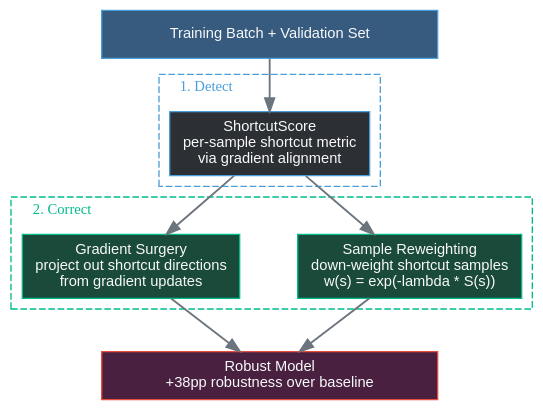
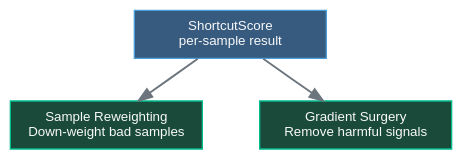
One commit to HongyuCao3/short-cut-aware-data-centric-reasoning changed the second of 5 diagrams in docs/investor/technology.qmd. Above: the diagram before and after it, drawn with Graphviz. The commit also changed other lines of this file and 6 other files, not shown here.

````diff
--- a/docs/investor/technology.qmd
+++ b/docs/investor/technology.qmd
@@ -13,49 +36,24 @@
 ```{dot}
-//| label: fig-sart-components
-//| fig-cap: "Three composable components, each independently useful"
-//| fig-width: 7.5
-//| fig-height: 4
+//| label: fig-correct
+//| fig-cap: "Step 2: Correct — two composable strategies"
+//| fig-width: 6
+//| fig-height: 3
 digraph G {
   bgcolor="transparent"
   rankdir=TB
-  graph [ranksep=0.55, nodesep=0.6]
+  graph [ranksep=0.45, nodesep=0.6]
   node [style=filled, fillcolor="#2c3035", color="#4a9eda",
-        fontcolor="#f8f9fa", fontname="Arial", fontsize=11,
-        shape=box, width=2.0, height=0.5, margin="0.15,0.08"]
+        fontcolor="#f8f9fa", fontname="Arial", fontsize=10,
+        shape=box, width=2.0, height=0.5, margin="0.12,0.08"]
   edge [color="#6c757d", penwidth=1.4]
 
-  Input [label="Training Batch + Validation Set", fillcolor="#375a7f", width=3.5]
+  Score [label="ShortcutScore\nper-sample result", fillcolor="#375a7f"]
+  RW [label="Sample Reweighting\nDown-weight bad samples", fillcolor="#1a4a3a", color="#00bc8c"]
+  GS [label="Gradient Surgery\nRemove harmful signals", fillcolor="#1a4a3a", color="#00bc8c"]
 
-  subgraph cluster_detect {
-    label="  1. Detect"
-    labeljust=l
-    fontcolor="#4a9eda"
-    fontname="Arial Bold"
-    fontsize=11
-    color="#4a9eda"
-    style=dashed
-    SS [label="ShortcutScore\nper-sample shortcut metric\nvia gradient alignment", fillcolor="#2c3035"]
-  }
+  Score -> RW
+  Score -> GS
 
-  subgraph cluster_correct {
-    label="  2. Correct"
-    labeljust=l
-    fontcolor="#00bc8c"
-    fontname="Arial Bold"
-    fontsize=11
-    color="#00bc8c"
-    style=dashed
-
-    RW [label="Sample Reweighting\ndown-weight shortcut samples\nw(s) = exp(-lambda * S(s))", fillcolor="#1a4a3a", color="#00bc8c"]
-    GS [label="Gradient Surgery\nproject out shortcut directions\nfrom gradient updates", fillcolor="#1a4a3a", color="#00bc8c"]
-  }
-
-  Output [label="Robust Model\n+38pp robustness over baseline", fillcolor="#4a2040", color="#e74c3c", width=3.5]
-
-  Input -> SS
-  SS -> RW
-  SS -> GS
-  RW -> Output
-  GS -> Output
+  { rank=same; RW; GS }
 }
 ```
````
